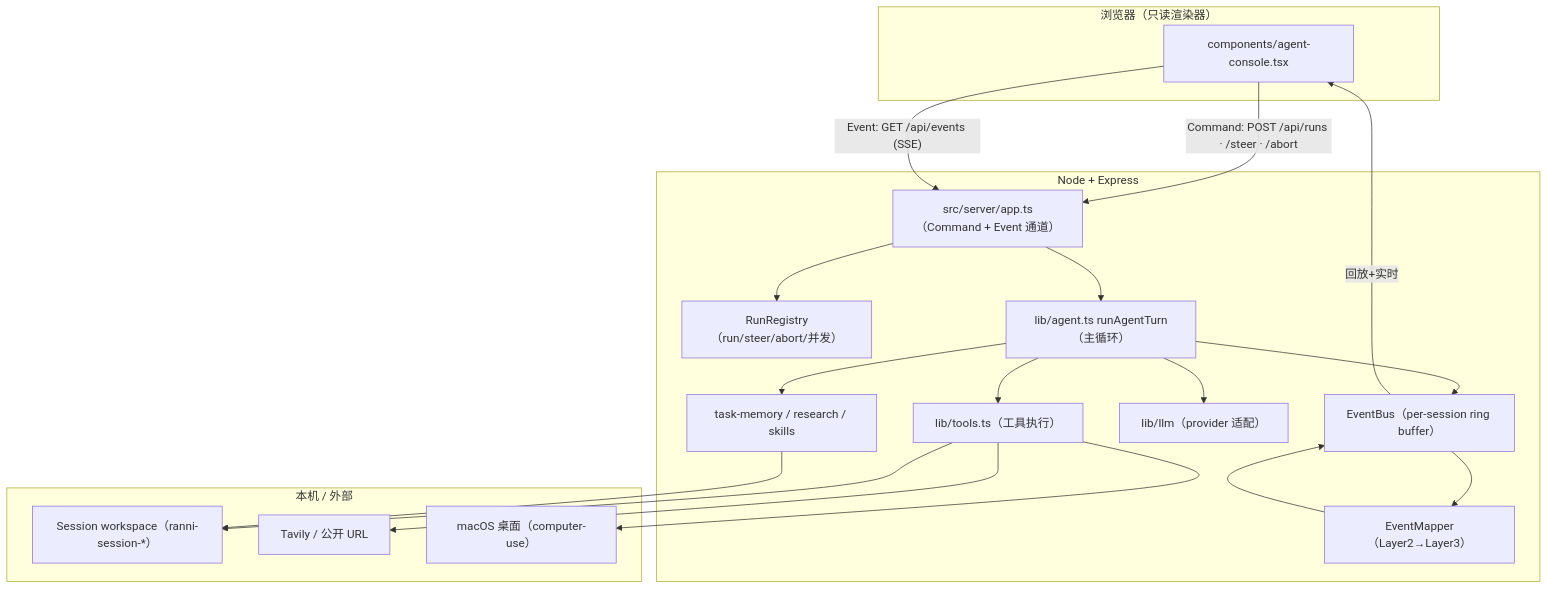
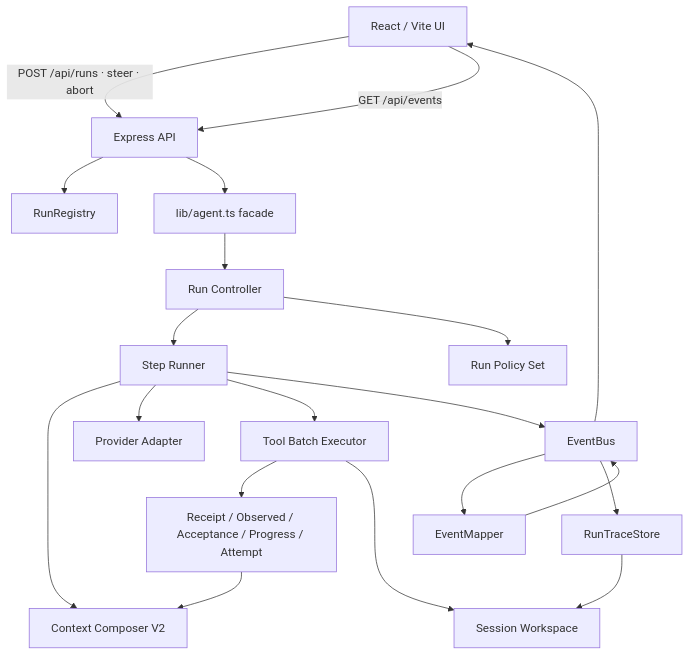
One commit to Carri1Sun/Ranni changed the diagram in docs/tech/architecture-global/ranni-architecture-report.md. Above: the diagram before and after it, drawn with Mermaid. The commit also changed other lines of this file and 74 other files, not shown here.

Commit message:
feat: - 重构通用 Agent Harness 运行与上下文边界 - 增加回执验收恢复与持久化可观测性 - 更新 Provider 重试、PPTX 工具和架构文档 - Tests: 99 passed; typecheck, lint, build passed

````diff
--- a/docs/tech/architecture-global/ranni-architecture-report.md
+++ b/docs/tech/architecture-global/ranni-architecture-report.md
@@ -31,36 +15,38 @@
 ```mermaid
 flowchart TB
-  subgraph 浏览器["浏览器（只读渲染器）"]
-    UI["components/agent-console.tsx"]
-  end
-  subgraph 后端["Node + Express"]
-    API["src/server/app.ts（Command + Event 通道）"]
-    Reg["RunRegistry（run/steer/abort/并发）"]
-    Bus["EventBus（per-session ring buffer）"]
-    Mapper["EventMapper（Layer2→Layer3）"]
-    Agent["lib/agent.ts runAgentTurn（主循环）"]
-    Tools["lib/tools.ts（工具执行）"]
-    LLM["lib/llm（provider 适配）"]
-    Mem["task-memory / research / skills"]
-  end
-  subgraph 环境["本机 / 外部"]
-    WS["Session workspace（ranni-session-*）"]
-    Web["Tavily / 公开 URL"]
-    Desk["macOS 桌面（computer-use）"]
-  end
-  UI -->|"Command: POST /api/runs · /steer · /abort"| API
-  UI -->|"Event: GET /api/events (SSE)"| API
-  API --> Reg
-  API --> Agent
-  Agent --> Bus
+  UI["React / Vite UI"]
+  API["Express API"]
+  Registry["RunRegistry"]
+  Facade["lib/agent.ts facade"]
+  Controller["Run Controller"]
+  Step["Step Runner"]
+  Context["Context Composer V2"]
+  Provider["Provider Adapter"]
+  Executor["Tool Batch Executor"]
+  Facts["Receipt / Observed / Acceptance / Progress / Attempt"]
+  Policy["Run Policy Set"]
+  Bus["EventBus"]
+  Mapper["EventMapper"]
+  TraceStore["RunTraceStore"]
+  Workspace["Session Workspace"]
+
+  UI -->|"POST /api/runs · steer · abort"| API
+  UI -->|"GET /api/events"| API
+  API --> Registry
+  API --> Facade
+  Facade --> Controller
+  Controller --> Step
+  Controller --> Policy
+  Step --> Context
+  Step --> Provider
+  Step --> Executor
+  Executor --> Facts
+  Facts --> Context
+  Executor --> Workspace
+  Step --> Bus
   Bus --> Mapper
   Mapper --> Bus
-  Bus -->|"回放+实时"| UI
-  Agent --> LLM
-  Agent --> Tools
-  Agent --> Mem
-  Tools --> WS
-  Tools --> Web
-  Tools --> Desk
-  Mem --> WS
+  Bus --> TraceStore
+  TraceStore --> Workspace
+  Bus --> UI
 ```
````
